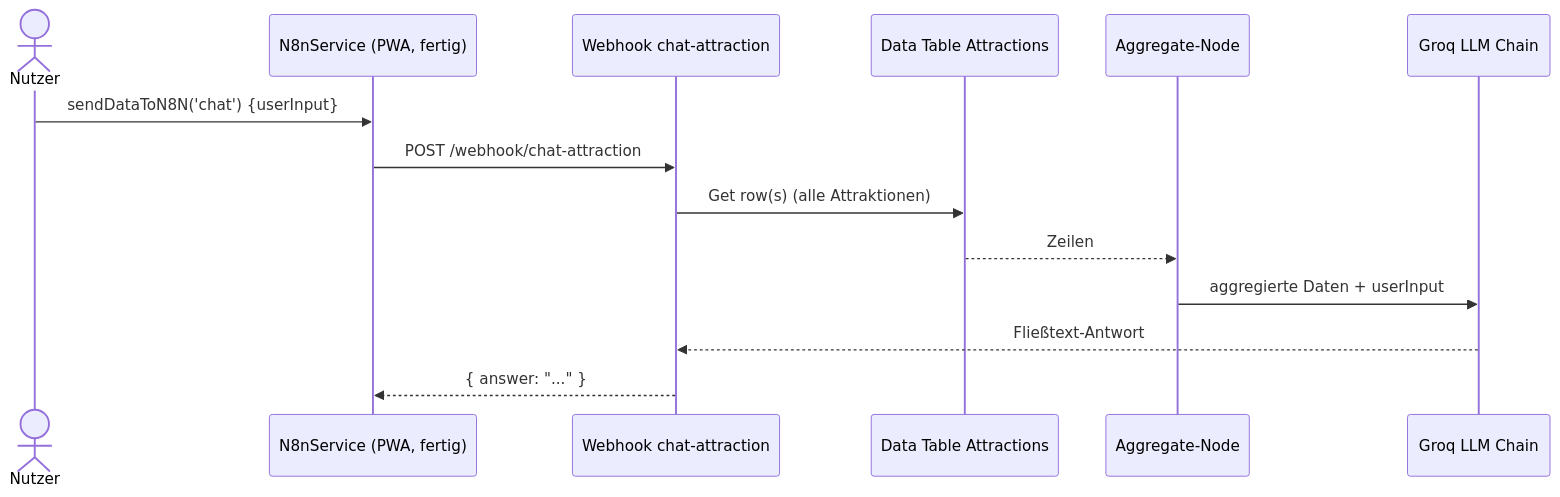
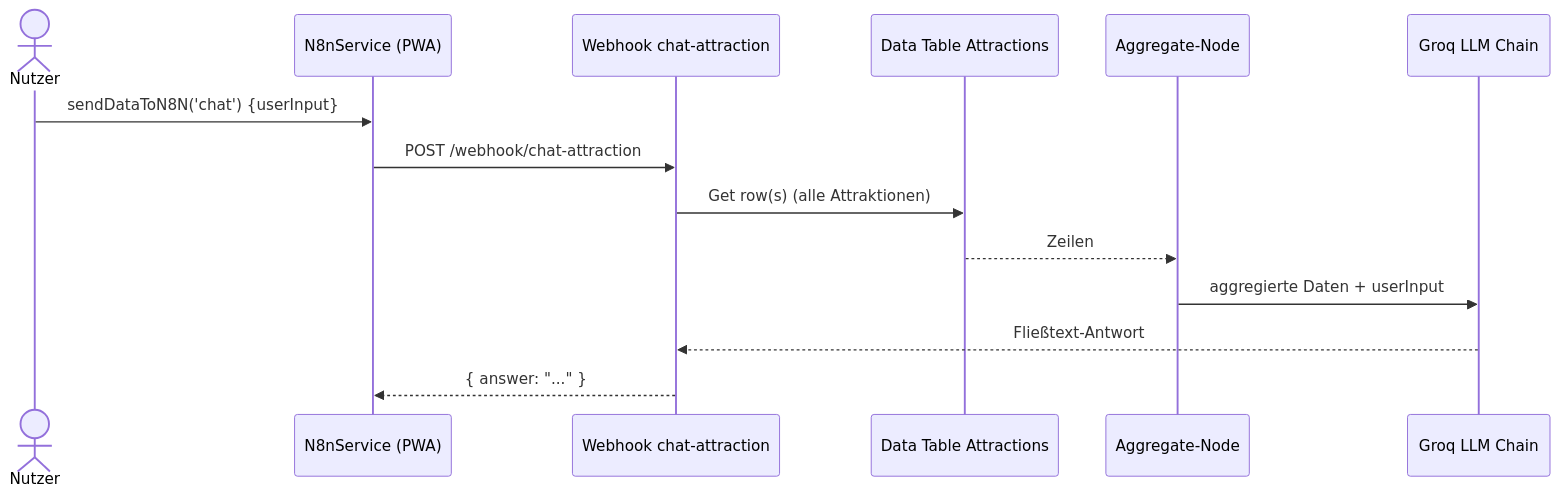
One commit to edu-space-de/ki-projekt-template changed the diagram in requirements/11-ki-chat-assistent/IMPLEMENTATION.md. Above: the diagram before and after it, drawn with Mermaid. The commit also changed other lines of this file and 6 other files, not shown here.

````diff
--- a/requirements/11-ki-chat-assistent/IMPLEMENTATION.md
+++ b/requirements/11-ki-chat-assistent/IMPLEMENTATION.md
@@ -26,16 +19,16 @@
 ```mermaid
 sequenceDiagram
     actor Nutzer
-    participant PWA as N8nService (PWA, fertig)
+    participant PWA as N8nService (PWA)
     participant WH as Webhook chat-attraction
     participant DT as Data Table Attractions
     participant Agg as Aggregate-Node
     participant LLM as Groq LLM Chain
     Nutzer->>PWA: sendDataToN8N('chat') {userInput}
     PWA->>WH: POST /webhook/chat-attraction
     WH->>DT: Get row(s) (alle Attraktionen)
     DT-->>Agg: Zeilen
     Agg->>LLM: aggregierte Daten + userInput
     LLM-->>WH: Fließtext-Antwort
     WH-->>PWA: { answer: "..." }
 ```
````
